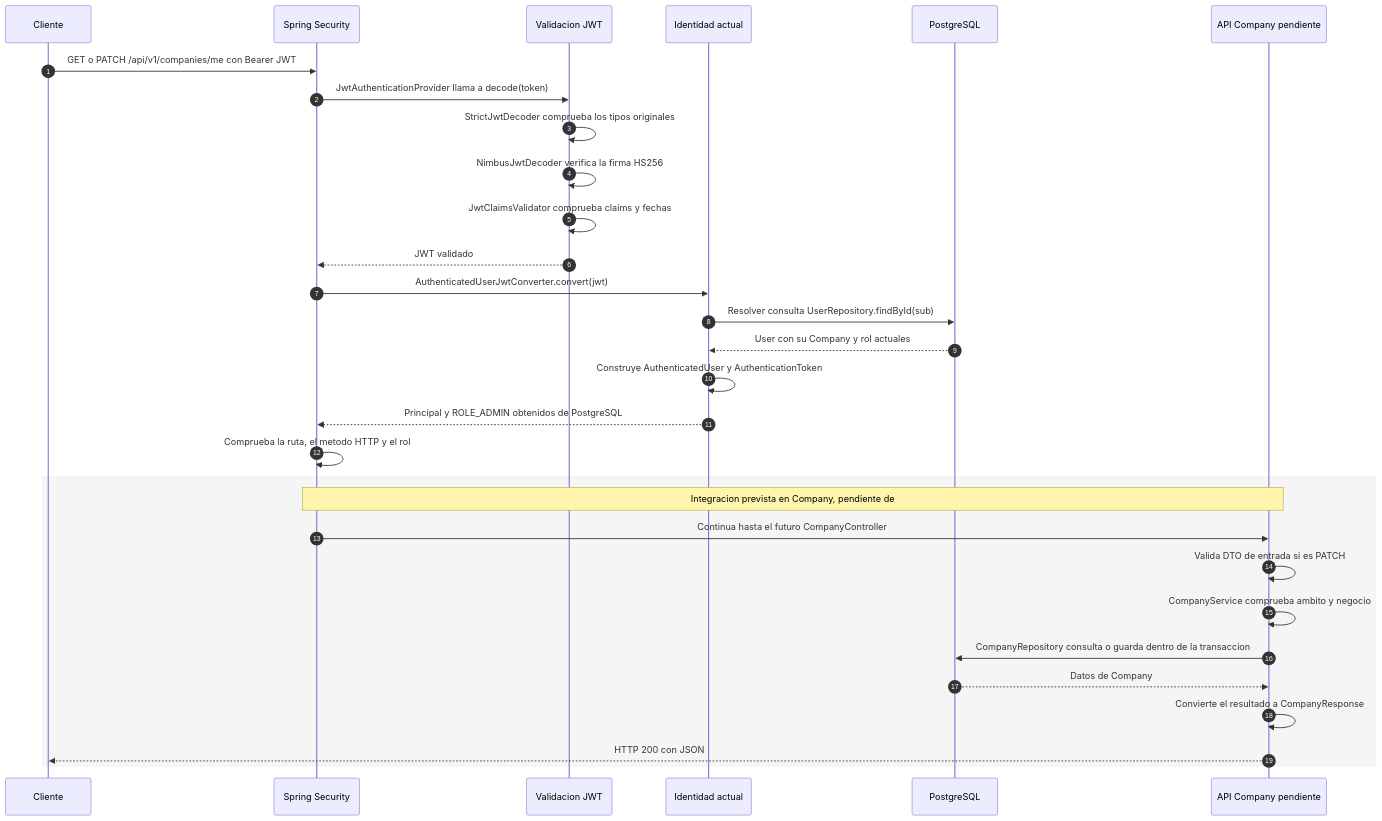
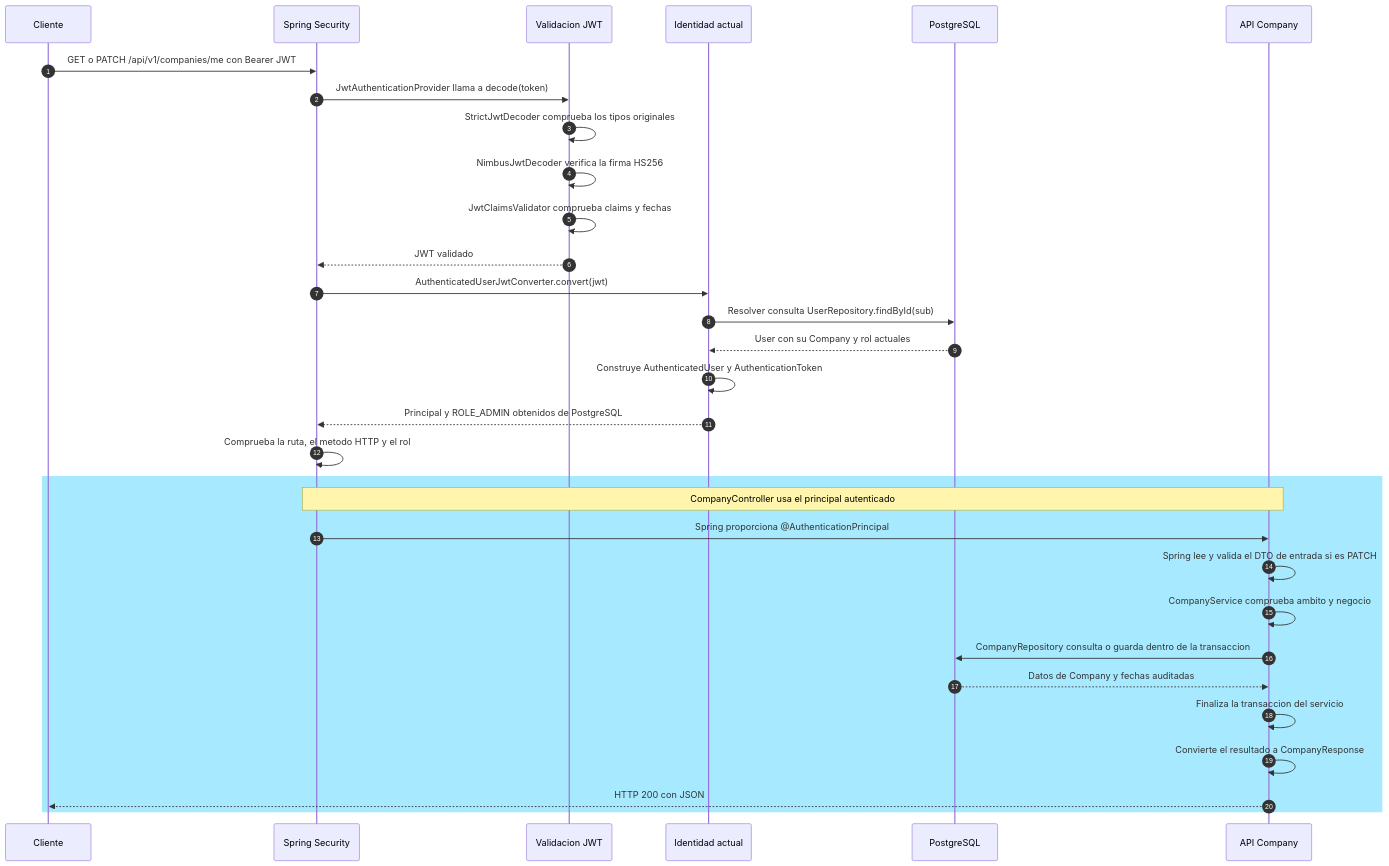
Before and after one commit to CristianPG1993/securebrowser-platform: the second of 2 diagrams in docs/architecture/backend-request-flow.md, drawn with Mermaid. The commit also changed other lines of this file and 11 other files, not shown here.

````diff
--- a/docs/architecture/backend-request-flow.md
+++ b/docs/architecture/backend-request-flow.md
@@ -57,35 +58,36 @@
 ```mermaid
 sequenceDiagram
     autonumber
     participant Client as Cliente
     participant Security as Spring Security
     participant JWT as Validacion JWT
     participant Identity as Identidad actual
     participant DB as PostgreSQL
-    participant Company as API Company pendiente
+    participant Company as API Company
 
     Client->>Security: GET o PATCH /api/v1/companies/me con Bearer JWT
     Security->>JWT: JwtAuthenticationProvider llama a decode(token)
     JWT->>JWT: StrictJwtDecoder comprueba los tipos originales
     JWT->>JWT: NimbusJwtDecoder verifica la firma HS256
     JWT->>JWT: JwtClaimsValidator comprueba claims y fechas
     JWT-->>Security: JWT validado
 
     Security->>Identity: AuthenticatedUserJwtConverter.convert(jwt)
     Identity->>DB: Resolver consulta UserRepository.findById(sub)
     DB-->>Identity: User con su Company y rol actuales
     Identity->>Identity: Construye AuthenticatedUser y AuthenticationToken
     Identity-->>Security: Principal y ROLE_ADMIN obtenidos de PostgreSQL
     Security->>Security: Comprueba la ruta, el metodo HTTP y el rol
 
-    rect rgb(245, 245, 245)
-        Note over Security,Company: Integracion prevista en Company, pendiente de #44 y #45
-        Security->>Company: Continua hasta el futuro CompanyController
-        Company->>Company: Valida DTO de entrada si es PATCH
+    rect rgb(167, 234, 255)
+        Note over Security,Company: CompanyController usa el principal autenticado
+        Security->>Company: Spring proporciona @AuthenticationPrincipal
+        Company->>Company: Spring lee y valida el DTO de entrada si es PATCH
         Company->>Company: CompanyService comprueba ambito y negocio
         Company->>DB: CompanyRepository consulta o guarda dentro de la transaccion
-        DB-->>Company: Datos de Company
+        DB-->>Company: Datos de Company y fechas auditadas
+        Company->>Company: Finaliza la transaccion del servicio
         Company->>Company: Convierte el resultado a CompanyResponse
         Company-->>Client: HTTP 200 con JSON
     end
 ```
````
